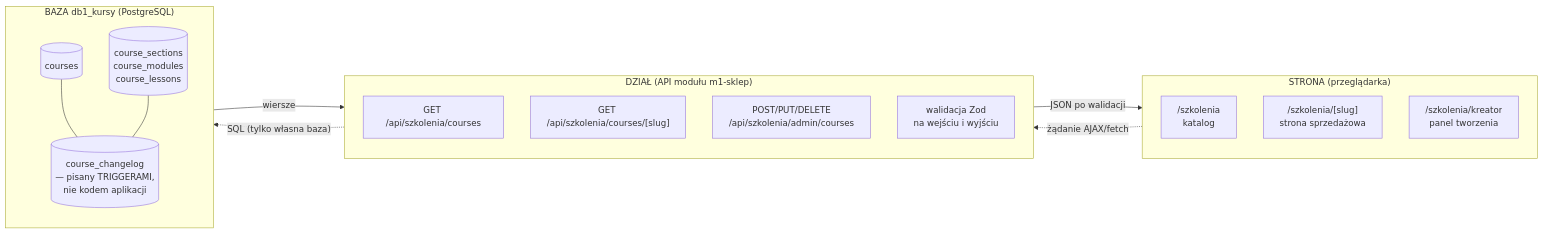
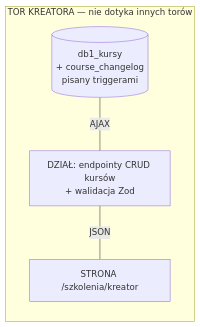
One commit to krzysiek2115op/aai-platforma-szkolen changed the fourth of 5 diagrams in docs/plugin-1/DIAGRAM.md. Above: the diagram before and after it, drawn with Mermaid. The commit also changed other lines of this file and 2 other files, not shown here.

Commit message:
fix: przeplyw danych — kazdy dzial ma wlasny tor BAZA-AJAX-DZIAL-JSON-STRONA (#4)

````diff
--- a/docs/plugin-1/DIAGRAM.md
+++ b/docs/plugin-1/DIAGRAM.md
@@ -66,26 +81,6 @@
 ```mermaid
 flowchart LR
-    subgraph STRONA["STRONA (przeglądarka)"]
-        S1["/szkolenia<br/>katalog"]
-        S2["/szkolenia/[slug]<br/>strona sprzedażowa"]
-        S3["/szkolenia/kreator<br/>panel tworzenia"]
+    subgraph TOR3["TOR KREATORA — nie dotyka innych torów"]
+        B3[("db1_kursy<br/>+ course_changelog<br/>pisany triggerami")] ---|"AJAX"| A3["DZIAŁ: endpointy CRUD kursów<br/>+ walidacja Zod"] ---|"JSON"| S3["STRONA /szkolenia/kreator"]
     end
-
-    subgraph DZIAL["DZIAŁ (API modułu m1-sklep)"]
-        A1["GET /api/szkolenia/courses"]
-        A2["GET /api/szkolenia/courses/[slug]"]
-        A3["POST/PUT/DELETE<br/>/api/szkolenia/admin/courses"]
-        Z["walidacja Zod<br/>na wejściu i wyjściu"]
-    end
-
-    subgraph BAZA["BAZA db1_kursy (PostgreSQL)"]
-        T1[(courses)]
-        T2[(course_sections<br/>course_modules<br/>course_lessons)]
-        T3[(course_changelog<br/>— pisany TRIGGERAMI,<br/>nie kodem aplikacji)]
-    end
-
-    BAZA -->|"wiersze"| DZIAL -->|"JSON po walidacji"| STRONA
-    STRONA -.->|"żądanie AJAX/fetch"| DZIAL -.->|"SQL (tylko własna baza)"| BAZA
-    T1 --- T3
-    T2 --- T3
 ```
````
